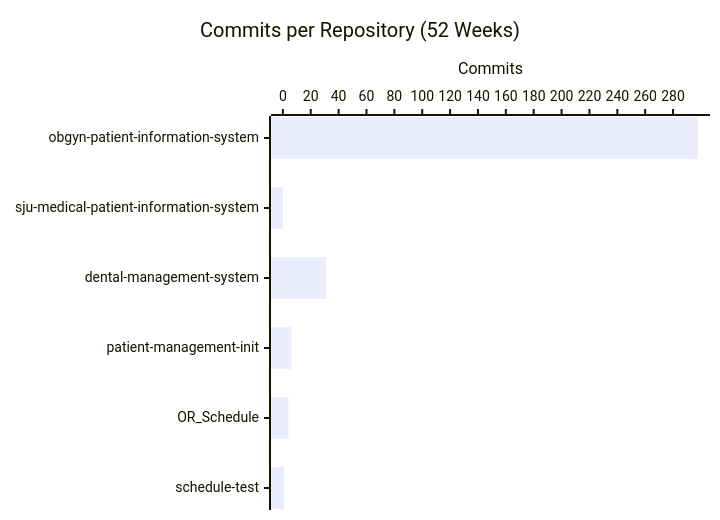
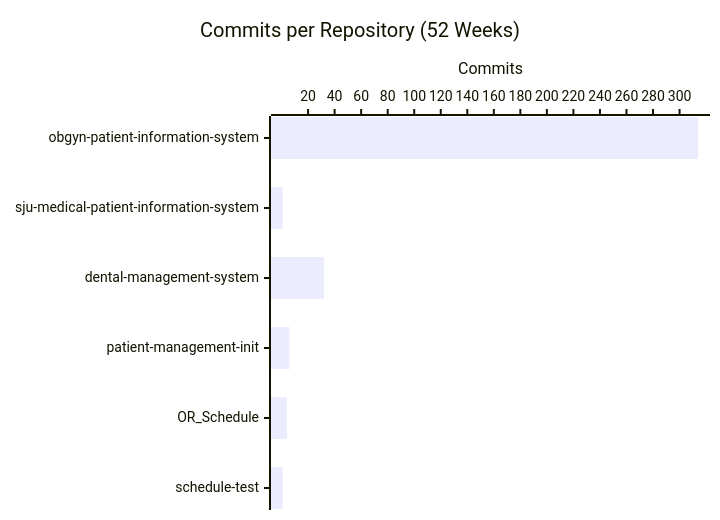
Before and after one commit to CSTH-Projects/.github: the second of 4 diagrams in profile/README.md, drawn with Mermaid. The commit also changed other lines of this file, not shown here.

````diff
--- a/profile/README.md
+++ b/profile/README.md
@@ -24,7 +24,7 @@
 ```mermaid
 xychart-beta horizontal
     title "Commits per Repository (52 Weeks)"
     x-axis ["obgyn-patient-information-system", "sju-medical-patient-information-system", "dental-management-system", "patient-management-init", "OR_Schedule", "schedule-test"]
     y-axis "Commits"
-    bar [298, 0, 31, 6, 4, 1]
+    bar [314, 1, 32, 6, 4, 1]
 ```
````
